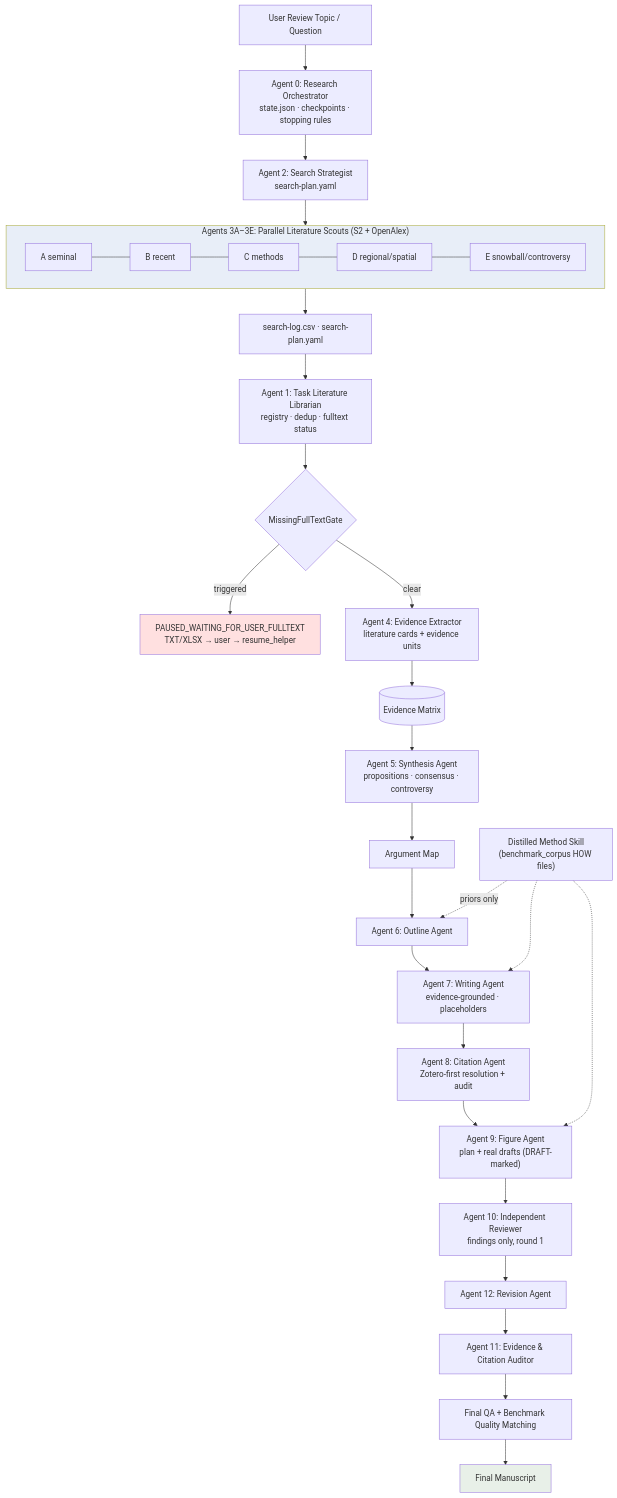
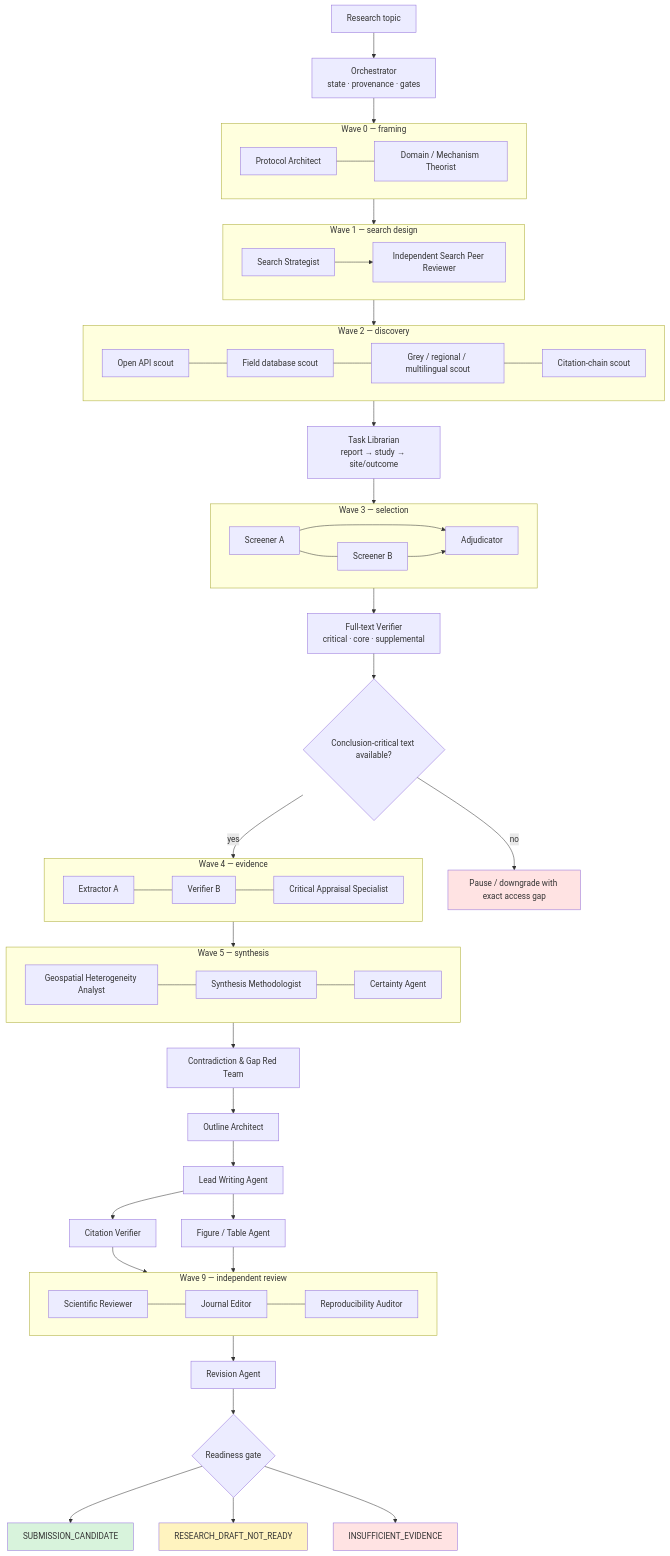
Before and after one commit to wzgytuA888/geography-literature-review-skill: the diagram in assets/runtime-multi-agent-workflow.mmd, drawn with Mermaid. The commit also changed 91 other files, not shown here.

```diff
--- a/assets/runtime-multi-agent-workflow.mmd
+++ b/assets/runtime-multi-agent-workflow.mmd
@@ -1,37 +1,56 @@
 flowchart TB
-    UT["User Review Topic / Question"] --> ORCH["Agent 0: Research Orchestrator<br/>state.json · checkpoints · stopping rules"]
+    U["Research topic"] --> O["Orchestrator<br/>state · provenance · gates"]
+    O --> W0
 
-    ORCH --> SS["Agent 2: Search Strategist<br/>search-plan.yaml"]
-    SS --> SCOUTS
-    subgraph SCOUTS["Agents 3A–3E: Parallel Literature Scouts (S2 + OpenAlex)"]
-        SA["A seminal"] --- SB["B recent"]
-        SB --- SC["C methods"]
-        SC --- SD["D regional/spatial"]
-        SD --- SE["E snowball/controversy"]
+    subgraph W0["Wave 0 — framing"]
+      PA["Protocol Architect"] --- DT["Domain / Mechanism Theorist"]
     end
-    SCOUTS --> LOG["search-log.csv · search-plan.yaml"]
-    LOG --> LIB["Agent 1: Task Literature Librarian<br/>registry · dedup · fulltext status"]
-    LIB --> GATE{"MissingFullTextGate"}
-    GATE -- "triggered" --> PAUSE["PAUSED_WAITING_FOR_USER_FULLTEXT<br/>TXT/XLSX → user → resume_helper"]
-    GATE -- clear --> EXT["Agent 4: Evidence Extractor<br/>literature cards + evidence units"]
+    W0 --> W1
+    subgraph W1["Wave 1 — search design"]
+      SS["Search Strategist"] --> SPR["Independent Search Peer Reviewer"]
+    end
+    W1 --> W2
+    subgraph W2["Wave 2 — discovery"]
+      LA["Open API scout"] --- LB["Field database scout"]
+      LB --- LC["Grey / regional / multilingual scout"]
+      LC --- LD["Citation-chain scout"]
+    end
+    W2 --> LIB["Task Librarian<br/>report → study → site/outcome"]
+    LIB --> W3
+    subgraph W3["Wave 3 — selection"]
+      A["Screener A"] --- B["Screener B"]
+      A --> ADJ["Adjudicator"]
+      B --> ADJ
+    end
+    W3 --> FT["Full-text Verifier<br/>critical · core · supplemental"]
+    FT --> G{"Conclusion-critical text available?"}
+    G -- no --> P["Pause / downgrade with exact access gap"]
+    G -- yes --> W4
+    subgraph W4["Wave 4 — evidence"]
+      EA["Extractor A"] --- EB["Verifier B"]
+      EB --- CA["Critical Appraisal Specialist"]
+    end
+    W4 --> W5
+    subgraph W5["Wave 5 — synthesis"]
+      GA["Geospatial Heterogeneity Analyst"] --- SM["Synthesis Methodologist"]
+      SM --- CE["Certainty Agent"]
+    end
+    W5 --> RT["Contradiction & Gap Red Team"]
+    RT --> OL["Outline Architect"] --> WR["Lead Writing Agent"]
+    WR --> CV["Citation Verifier"]
+    WR --> FV["Figure / Table Agent"]
+    CV --> W9
+    FV --> W9
+    subgraph W9["Wave 9 — independent review"]
+      SR["Scientific Reviewer"] --- JE["Journal Editor"]
+      JE --- RA["Reproducibility Auditor"]
+    end
+    W9 --> REV["Revision Agent"] --> QG{"Readiness gate"}
+    QG --> SC["SUBMISSION_CANDIDATE"]
+    QG --> RD["RESEARCH_DRAFT_NOT_READY"]
+    QG --> IE["INSUFFICIENT_EVIDENCE"]
 
-    EXT --> POOL[("Evidence Matrix")]
-    POOL --> SYN["Agent 5: Synthesis Agent<br/>propositions · consensus · controversy"]
-    SYN --> AM["Argument Map"]
-    AM --> OUTA["Agent 6: Outline Agent"]
-    OUTA --> WRI["Agent 7: Writing Agent<br/>evidence-grounded · placeholders"]
-    WRI --> CITA["Agent 8: Citation Agent<br/>Zotero-first resolution + audit"]
-    CITA --> FIGA["Agent 9: Figure Agent<br/>plan + real drafts (DRAFT-marked)"]
-    FIGA --> REV["Agent 10: Independent Reviewer<br/>findings only, round 1"]
-    REV --> REVA["Agent 12: Revision Agent"]
-    REVA --> AUD["Agent 11: Evidence & Citation Auditor"]
-    AUD --> QA["Final QA + Benchmark Quality Matching"]
-    QA --> FIN["Final Manuscript"]
-
-    METHOD["Distilled Method Skill<br/>(benchmark_corpus HOW files)"] -.->|"priors only"| OUTA
-    METHOD -.-> WRI
-    METHOD -.-> FIGA
-
-    style PAUSE fill:#ffe0e0
-    style FIN fill:#e8f0e8
-    style SCOUTS fill:#e8eef8
+    style SC fill:#d8f3dc
+    style RD fill:#fff3bf
+    style IE fill:#ffe3e3
+    style P fill:#ffe3e3
```
